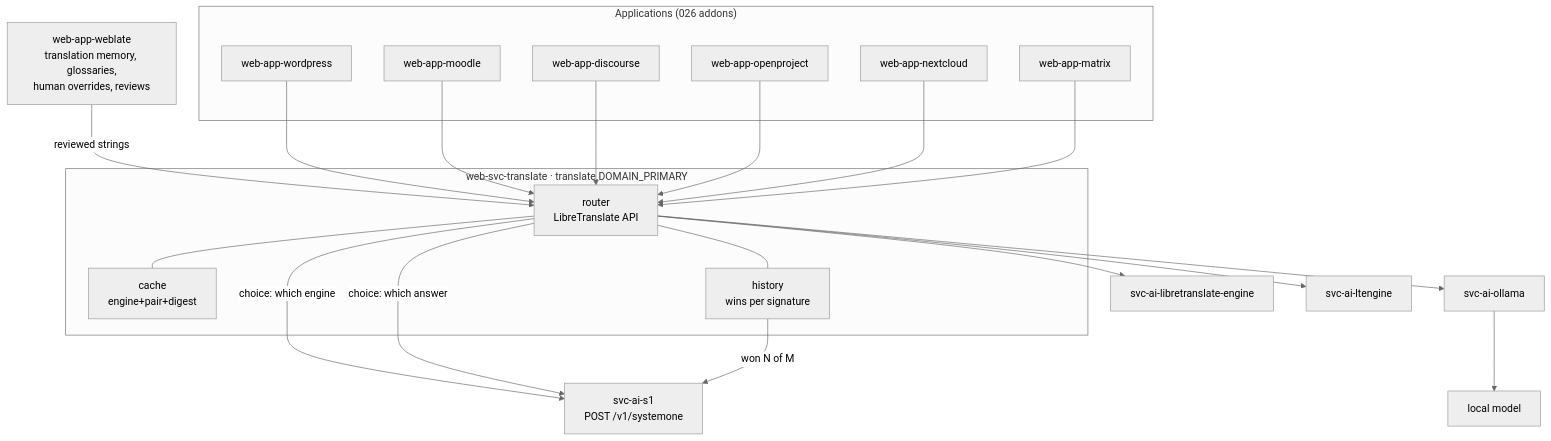
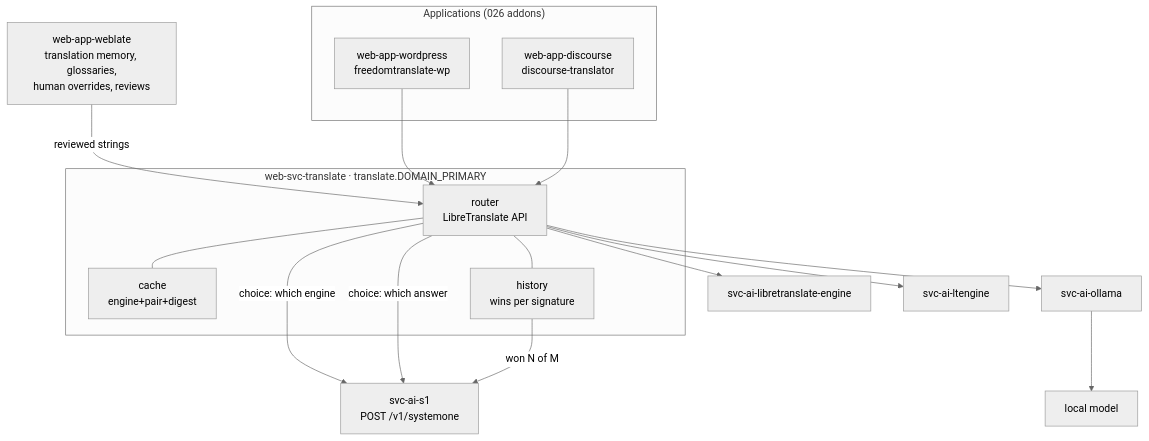
Before and after one commit to infinito-nexus/core: the diagram in docs/requirements/040-translation-gateway.md, drawn with Mermaid (neutral theme). The commit also changed other lines of this file and 107 other files, not shown here.

````diff
--- a/docs/requirements/040-translation-gateway.md
+++ b/docs/requirements/040-translation-gateway.md
@@ -78,45 +97,37 @@
 ```mermaid
 flowchart TD
     weblate["web-app-weblate<br/>translation memory, glossaries,<br/>human overrides, reviews"]
 
     subgraph apps["Applications (026 addons)"]
-        wp["web-app-wordpress"]
-        mo["web-app-moodle"]
-        di["web-app-discourse"]
-        op["web-app-openproject"]
-        nc["web-app-nextcloud"]
-        mx["web-app-matrix"]
+        wp["web-app-wordpress<br/>freedomtranslate-wp"]
+        di["web-app-discourse<br/>discourse-translator"]
     end
 
     subgraph gw["web-svc-translate · translate.DOMAIN_PRIMARY"]
         router["router<br/>LibreTranslate API"]
         cache["cache<br/>engine+pair+digest"]
         history["history<br/>wins per signature"]
     end
 
     s1["svc-ai-s1<br/>POST /v1/systemone"]
 
     lt["svc-ai-libretranslate-engine"]
     lte["svc-ai-ltengine"]
     ol["svc-ai-ollama"]
     llm["local model"]
 
     weblate -->|reviewed strings| router
     wp --> router
-    mo --> router
     di --> router
-    op --> router
-    nc --> router
-    mx --> router
 
     router --- cache
     router --- history
     router -->|choice: which engine| s1
     router -->|choice: which answer| s1
     history -->|won N of M| s1
 
     router --> lt
     router --> lte
     router --> ol
     ol --> llm
 ```
````
